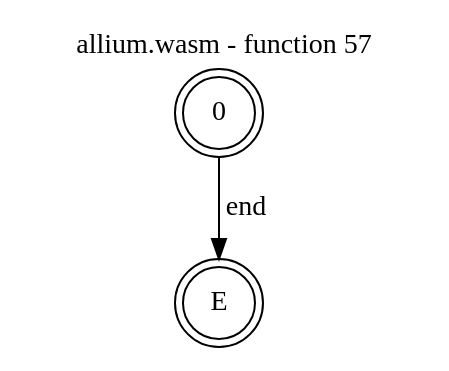
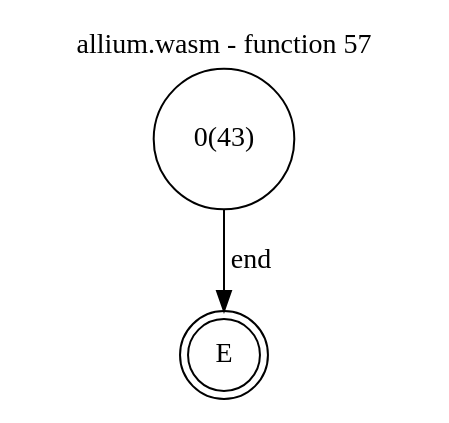
The diagram in test_cases/allium/funcs/allium-func57.dot (jsCarleton/wanalyze), drawn with Graphviz before and after one commit. The commit also changed 145 other files, not shown here.

```diff
--- a/test_cases/allium/funcs/allium-func57.dot
+++ b/test_cases/allium/funcs/allium-func57.dot
@@ -1,10 +1,11 @@
 digraph finite_state_machine {
     label = "allium.wasm - function 57"
     labelloc =  t
     labelfontsize = 16
     labelfontcolor = black
     labelfontname = "Helvetica"
-    node [shape = doublecircle]; 0 E ;
-    node [shape = circle];
+    node [shape = doublecircle]; E ;
+node [shape=circle, fontcolor=black, style="", label="0(43)"]0
+node [shape=circle, fontcolor=black, style="", label="E"]E
     0 -> E[label="end"];
 }
```
